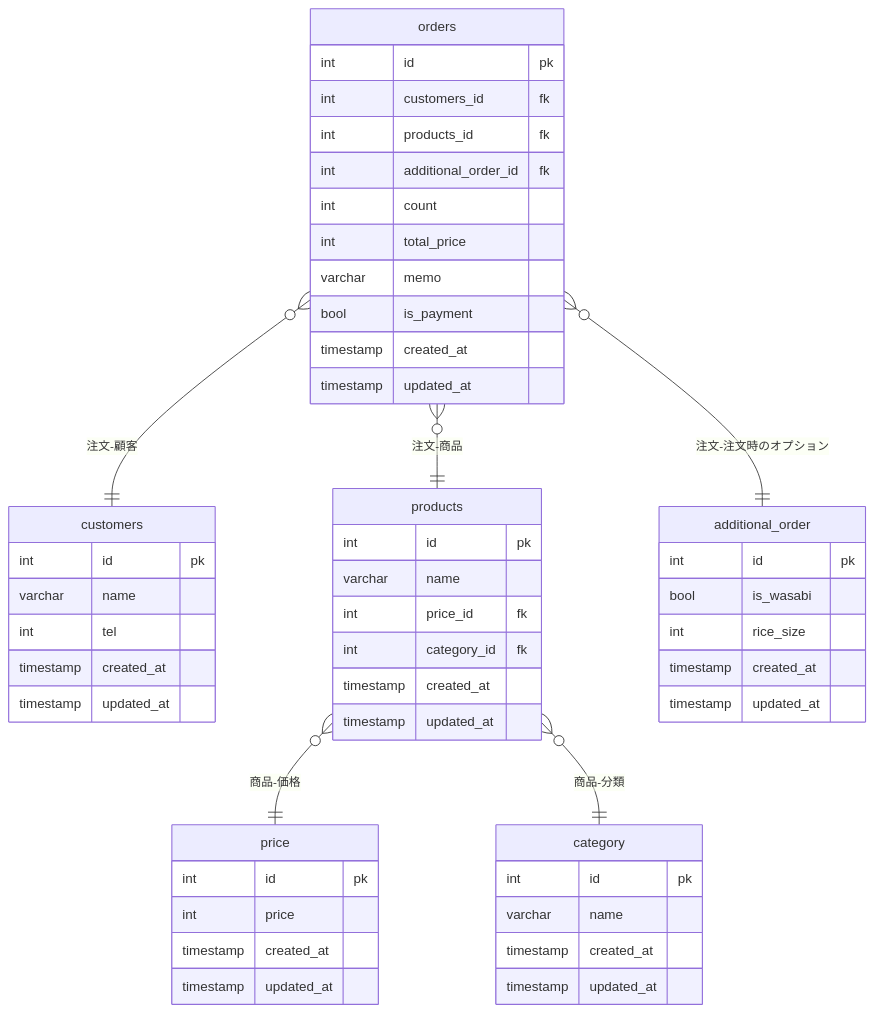
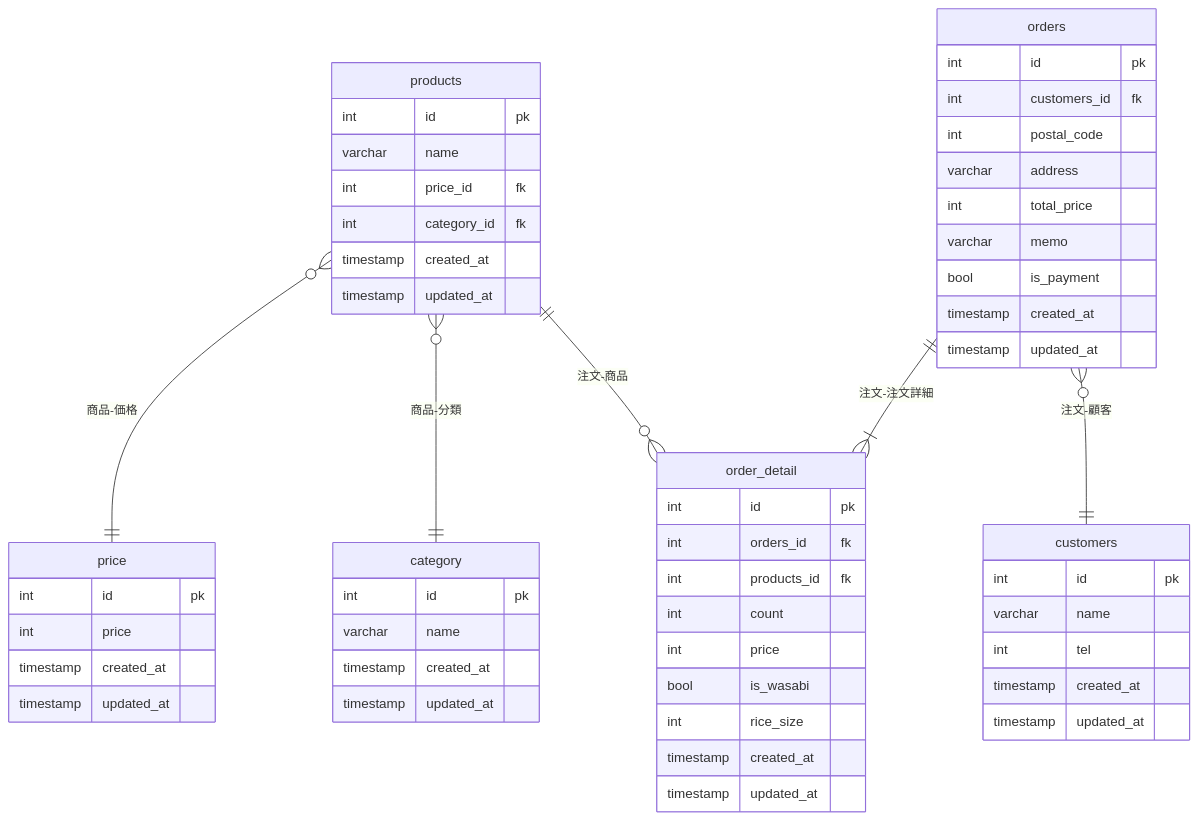
One commit to zyumax/pc_task changed the diagram in データベースモデリング1/課題2/課題2-1.md. Above: the diagram before and after it, drawn with Mermaid.

Commit message:
課題2-1修正

````diff
--- a/データベースモデリング1/課題2/課題2-1.md
+++ b/データベースモデリング1/課題2/課題2-1.md
@@ -2,61 +2,64 @@
 ```mermaid
 erDiagram
 customers {
   int id pk
   varchar name 
   int tel
   timestamp created_at
   timestamp updated_at
 }
 
 products {
   int id pk
   varchar name 
   int price_id  fk
   int category_id  fk
   timestamp created_at
   timestamp updated_at
 }
 
 price {
   int id pk
   int price 
   timestamp created_at
   timestamp updated_at
 }
 
-additional_order {
+order_detail {
   int id  pk
+  int orders_id fk
+  int products_id fk
+  int count
+  int price
   bool is_wasabi
   int rice_size
   timestamp created_at
   timestamp updated_at
 }
 
 orders {
   int id pk
   int customers_id fk
-  int products_id fk
-  int additional_order_id fk
-  int count 
+  int postal_code
+  varchar address
   int total_price 
   varchar memo 
   bool is_payment 
   timestamp created_at
   timestamp updated_at
 }
 
 category {
   int id pk
   varchar name
   timestamp created_at
   timestamp updated_at 
 }
 
 %% relations
 products }o--|| price : "商品-価格"
 products }o--|| category : "商品-分類"
+products ||--o{ order_detail : "注文-商品"
 orders }o--|| customers : "注文-顧客"
-orders }o--|| additional_order : "注文-注文時のオプション"
-orders }o--|| products : "注文-商品"
+orders ||--|{ order_detail : "注文-注文詳細"
 ```
````
